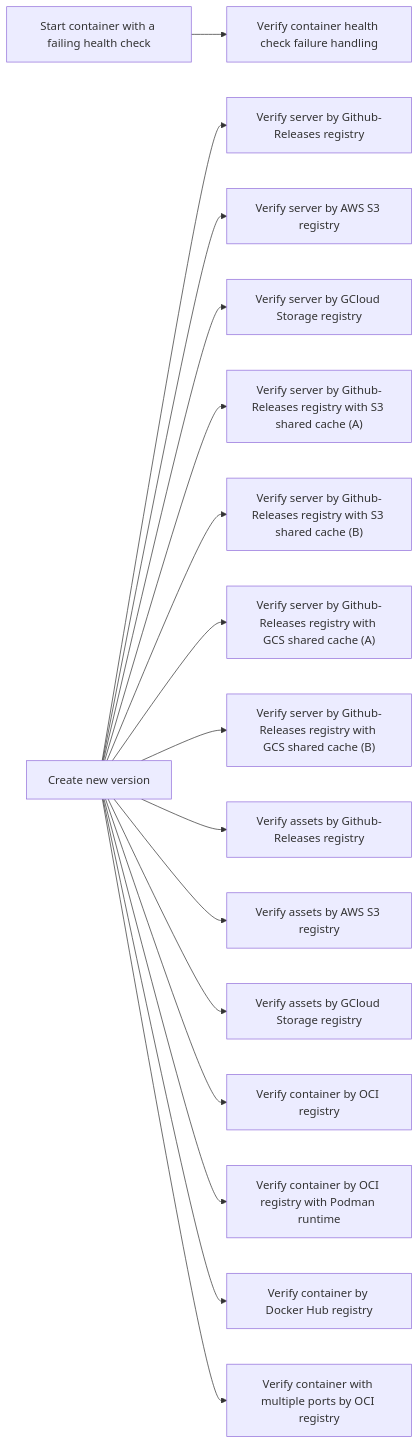
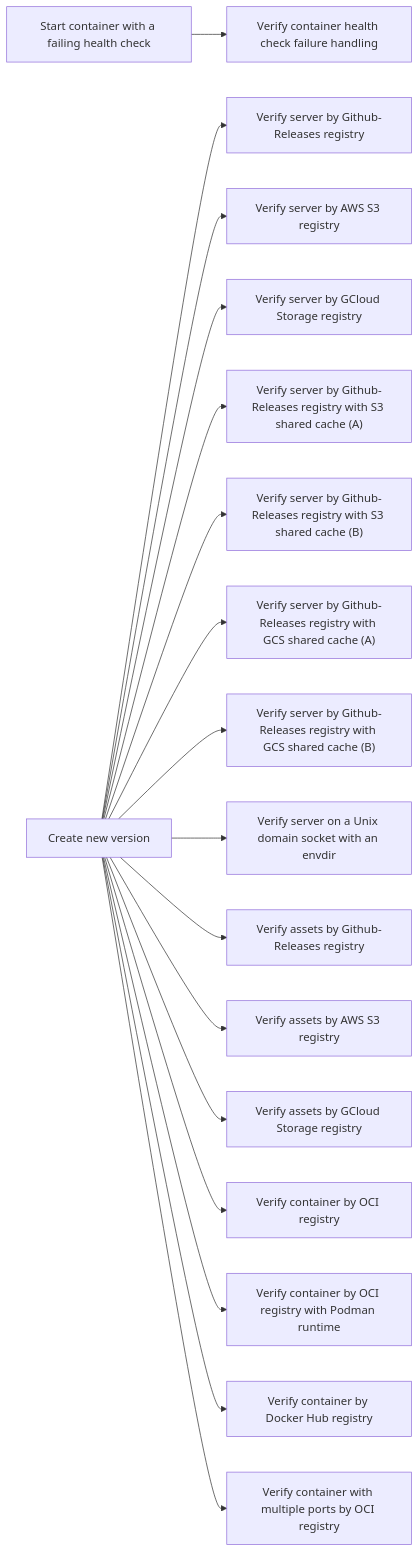
One commit to linyows/dewy changed the second of 3 diagrams in docs/pages/e2e-testing.md. Above: the diagram before and after it, drawn with Mermaid. The commit also changed other lines of this file and 4 other files, not shown here.

First line of the commit message:
Add an e2e scenario for --socket and --envdir

````diff
--- a/docs/pages/e2e-testing.md
+++ b/docs/pages/e2e-testing.md
@@ -156,36 +160,38 @@
 ```mermaid
 flowchart LR
     start_ctr_healthfail["Start container with a failing health check"]
     create_release["Create new version"]
-    job_19["Verify server by Github-Releases registry"]
-    job_20["Verify server by AWS S3 registry"]
-    job_21["Verify server by GCloud Storage registry"]
+    job_20["Verify server by Github-Releases registry"]
+    job_21["Verify server by AWS S3 registry"]
+    job_22["Verify server by GCloud Storage registry"]
     verify_srv_ghr_s3cache_a["Verify server by Github-Releases registry with S3 shared cache (A)"]
     verify_srv_ghr_s3cache_b["Verify server by Github-Releases registry with S3 shared cache (B)"]
     verify_srv_ghr_gscache_a["Verify server by Github-Releases registry with GCS shared cache (A)"]
     verify_srv_ghr_gscache_b["Verify server by Github-Releases registry with GCS shared cache (B)"]
-    job_26["Verify assets by Github-Releases registry"]
+    job_27["Verify server on a Unix domain socket with an envdir"]
+    job_28["Verify assets by Github-Releases registry"]
     verify_ast_s3["Verify assets by AWS S3 registry"]
     verify_ast_gs["Verify assets by GCloud Storage registry"]
-    job_29["Verify container by OCI registry"]
-    job_30["Verify container by OCI registry with Podman runtime"]
-    job_31["Verify container by Docker Hub registry"]
-    job_32["Verify container with multiple ports by OCI registry"]
-    job_33["Verify container health check failure handling"]
+    job_31["Verify container by OCI registry"]
+    job_32["Verify container by OCI registry with Podman runtime"]
+    job_33["Verify container by Docker Hub registry"]
+    job_34["Verify container with multiple ports by OCI registry"]
+    job_35["Verify container health check failure handling"]
 
-    create_release --> job_19
     create_release --> job_20
     create_release --> job_21
+    create_release --> job_22
     create_release --> verify_srv_ghr_s3cache_a
     create_release --> verify_srv_ghr_s3cache_b
     create_release --> verify_srv_ghr_gscache_a
     create_release --> verify_srv_ghr_gscache_b
-    create_release --> job_26
+    create_release --> job_27
+    create_release --> job_28
     create_release --> verify_ast_s3
     create_release --> verify_ast_gs
-    create_release --> job_29
-    create_release --> job_30
     create_release --> job_31
     create_release --> job_32
-    start_ctr_healthfail --> job_33
+    create_release --> job_33
+    create_release --> job_34
+    start_ctr_healthfail --> job_35
 ```
````
